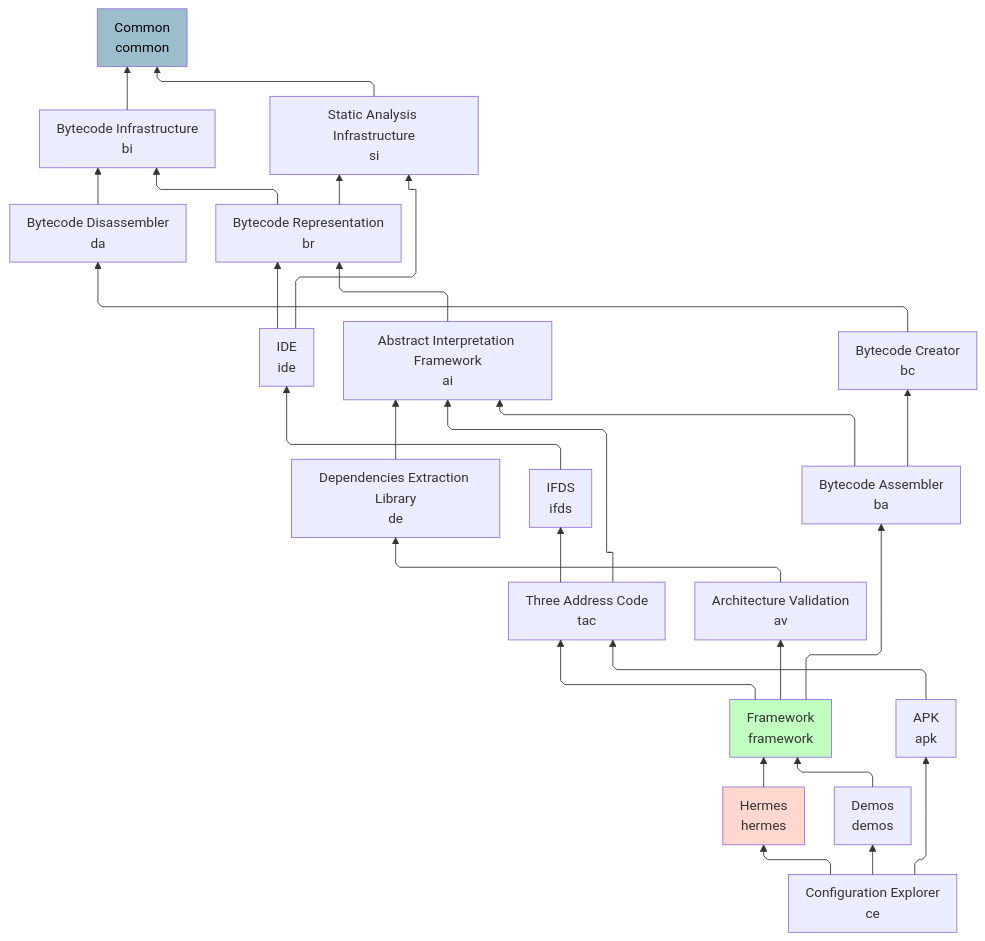
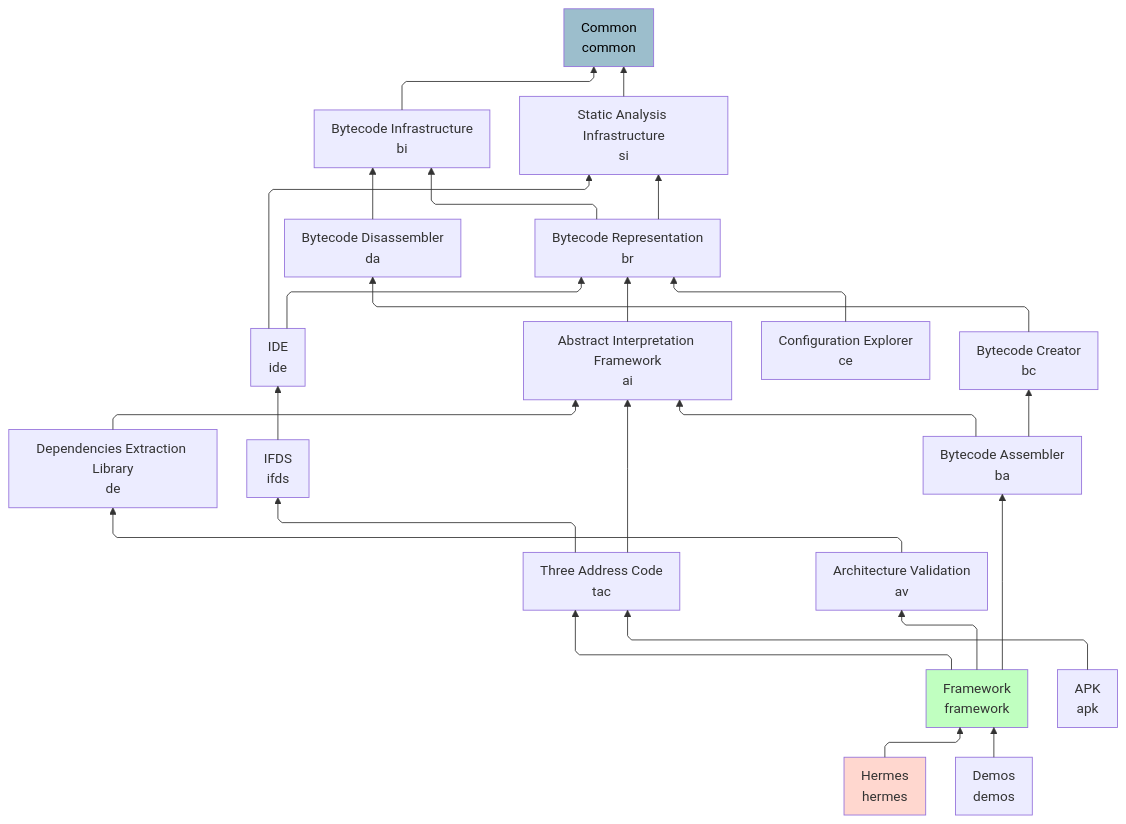
The diagram in OPAL/ProjectDependencies.mmd (opalj/opal), drawn with Mermaid before and after one commit. The commit also changed 18 other files, not shown here.

```diff
--- a/OPAL/ProjectDependencies.mmd
+++ b/OPAL/ProjectDependencies.mmd
@@ -1,50 +1,48 @@
 %%{ init: { 'flowchart': { 'defaultRenderer': 'elk', 'curve': 'linear', 'padding': 10, 'wrappingWidth': 205 } } }%%
 flowchart BT
     Framework[Framework<br>framework]
     ThreeAddressCode[Three Address Code<br>tac]
     APK[APK<br>apk]
     DependenciesExtractionLibrary[Dependencies Extraction Library<br>de]
     IDE[IDE<br>ide]
     BytecodeInfrastructure[Bytecode Infrastructure<br>bi]
     AbstractInterpretationFramework[Abstract Interpretation Framework<br>ai]
     Hermes[Hermes<br>hermes]
     ConfigurationExplorer[Configuration Explorer<br>ce]
     Common[Common<br>common]
     BytecodeDisassembler[Bytecode Disassembler<br>da]
     StaticAnalysisInfrastructure[Static Analysis Infrastructure<br>si]
     IFDS[IFDS<br>ifds]
     BytecodeRepresentation[Bytecode Representation<br>br]
     BytecodeAssembler[Bytecode Assembler<br>ba]
     ArchitectureValidation[Architecture Validation<br>av]
     Demos[Demos<br>demos]
     BytecodeCreator[Bytecode Creator<br>bc]
 
     style Common fill:#9cbecc,color:black
     style Framework fill:#c0ffc0
     style Hermes fill:#ffd7cf
 
     Framework --> BytecodeAssembler
     Framework --> ArchitectureValidation
     Framework --> ThreeAddressCode
     ThreeAddressCode --> AbstractInterpretationFramework
     ThreeAddressCode --> IFDS
     APK --> ThreeAddressCode
     DependenciesExtractionLibrary --> AbstractInterpretationFramework
     IDE --> StaticAnalysisInfrastructure
     IDE --> BytecodeRepresentation
     BytecodeInfrastructure --> Common
     AbstractInterpretationFramework --> BytecodeRepresentation
     Hermes --> Framework
-    ConfigurationExplorer --> APK
-    ConfigurationExplorer --> Demos
-    ConfigurationExplorer --> Hermes
+    ConfigurationExplorer --> BytecodeRepresentation
     BytecodeDisassembler --> BytecodeInfrastructure
     StaticAnalysisInfrastructure --> Common
     IFDS --> IDE
     BytecodeRepresentation --> StaticAnalysisInfrastructure
     BytecodeRepresentation --> BytecodeInfrastructure
     BytecodeAssembler --> BytecodeCreator
     BytecodeAssembler --> AbstractInterpretationFramework
     ArchitectureValidation --> DependenciesExtractionLibrary
     Demos --> Framework
     BytecodeCreator --> BytecodeDisassembler
```
